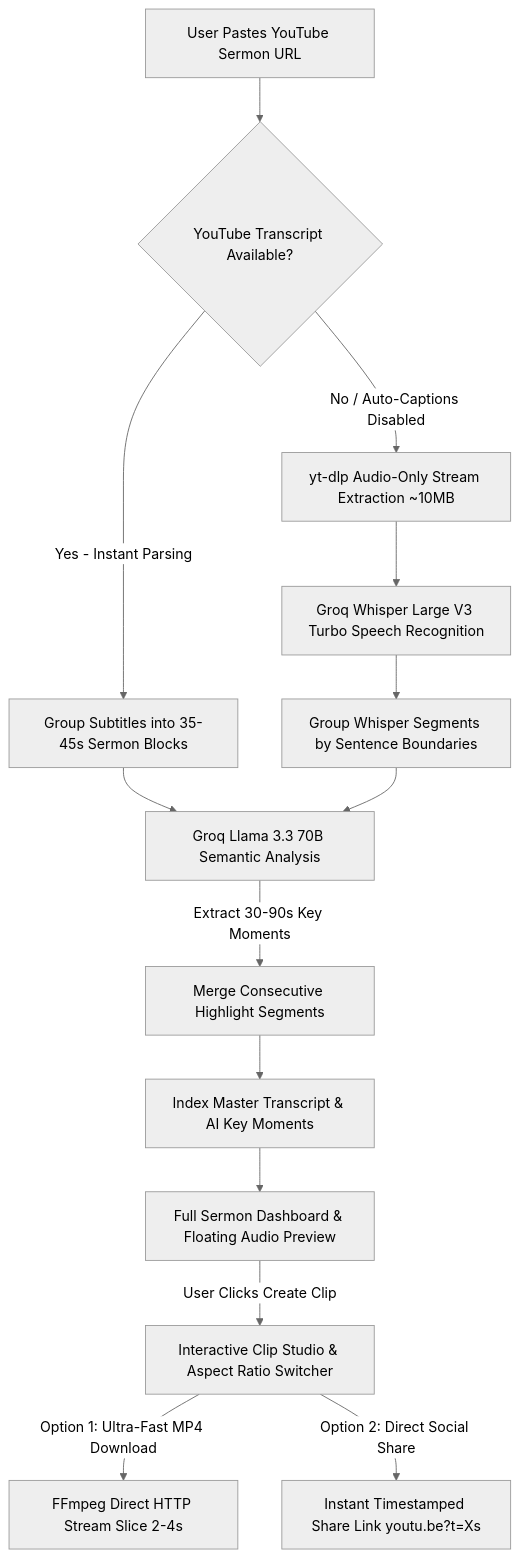
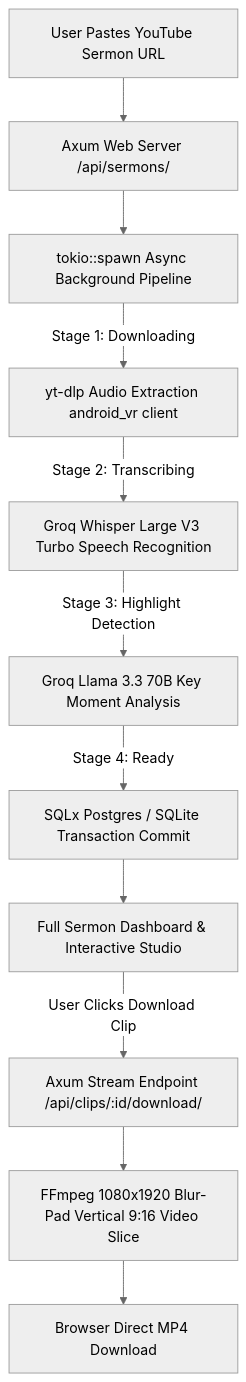
Before and after one commit to Diawhiz/dabar: the diagram in README.md, drawn with Mermaid (neutral theme). The commit also changed other lines of this file, not shown here.

Commit message:
docs: update README.md with Rust Axum, React, and Tauri v2 monorepo documentation

````diff
--- a/README.md
+++ b/README.md
@@ -11,21 +35,15 @@
 ```mermaid
 flowchart TD
-    A[User Pastes YouTube Sermon URL] --> B{YouTube Transcript Available?}
+    A[User Pastes YouTube Sermon URL] --> B[Axum Web Server /api/sermons/]
+    B --> C[tokio::spawn Async Background Pipeline]
     
-    B -->|Yes - Instant Parsing| C[Group Subtitles into 35-45s Sermon Blocks]
-    B -->|No / Auto-Captions Disabled| D[yt-dlp Audio-Only Stream Extraction ~10MB]
+    C -->|Stage 1: Downloading| D[yt-dlp Audio Extraction android_vr client]
+    D -->|Stage 2: Transcribing| E[Groq Whisper Large V3 Turbo Speech Recognition]
+    E -->|Stage 3: Highlight Detection| F[Groq Llama 3.3 70B Key Moment Analysis]
+    F -->|Stage 4: Ready| G[SQLx Postgres / SQLite Transaction Commit]
     
-    D --> E[Groq Whisper Large V3 Turbo Speech Recognition]
-    E --> F[Group Whisper Segments by Sentence Boundaries]
-    
-    C --> G[Groq Llama 3.3 70B Semantic Analysis]
-    F --> G
-    
-    G -->|Extract 30-90s Key Moments| H[Merge Consecutive Highlight Segments]
-    H --> I[Index Master Transcript & AI Key Moments]
-    I --> J[Full Sermon Dashboard & Floating Audio Preview]
-    
-    J -->|User Clicks Create Clip| K[Interactive Clip Studio & Aspect Ratio Switcher]
-    K -->|Option 1: Ultra-Fast MP4 Download| L[FFmpeg Direct HTTP Stream Slice 2-4s]
-    K -->|Option 2: Direct Social Share| M[Instant Timestamped Share Link youtu.be?t=Xs]
+    G --> H[Full Sermon Dashboard & Interactive Studio]
+    H -->|User Clicks Download Clip| I[Axum Stream Endpoint /api/clips/:id/download/]
+    I --> J[FFmpeg 1080x1920 Blur-Pad Vertical 9:16 Video Slice]
+    J --> K[Browser Direct MP4 Download]
 ```
````
